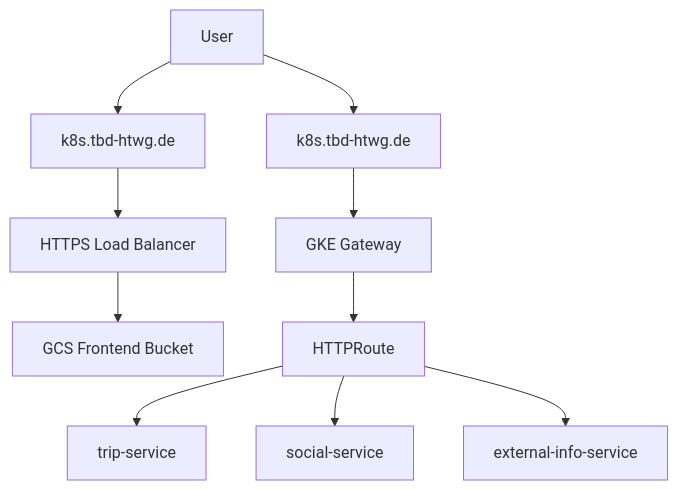
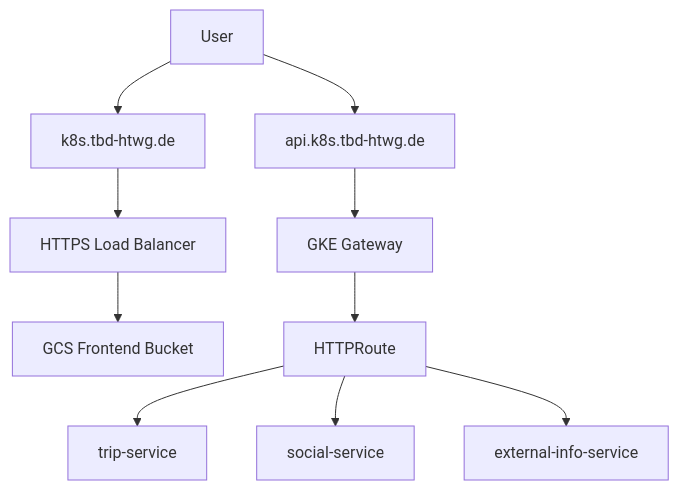
One commit to tbd-htwg/infrastructure changed the first of 2 diagrams in ms2/docs/overview.md. Above: the diagram before and after it, drawn with Mermaid. The commit also changed other lines of this file and 15 other files, not shown here.

````diff
--- a/ms2/docs/overview.md
+++ b/ms2/docs/overview.md
@@ -50,14 +50,14 @@
 ```mermaid
 graph TD
   U[User] --> FQDN[k8s.tbd-htwg.de]
-  U --> API[k8s.tbd-htwg.de]
+  U --> API[api.k8s.tbd-htwg.de]
 
   FQDN --> LB[HTTPS Load Balancer]
   LB --> BUCKET[GCS Frontend Bucket]
 
   API --> GWLb[GKE Gateway]
   GWLb --> HR[HTTPRoute]
   HR --> TRIP[trip-service]
   HR --> SOCIAL[social-service]
   HR --> EXT[external-info-service]
 ```
````
